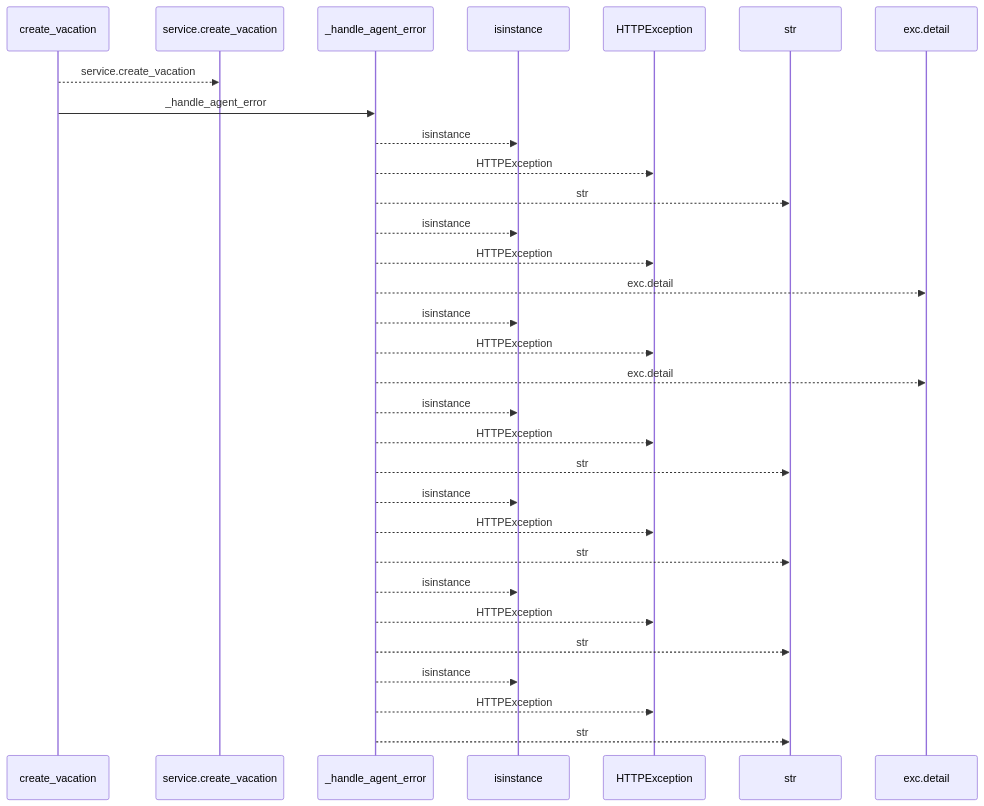
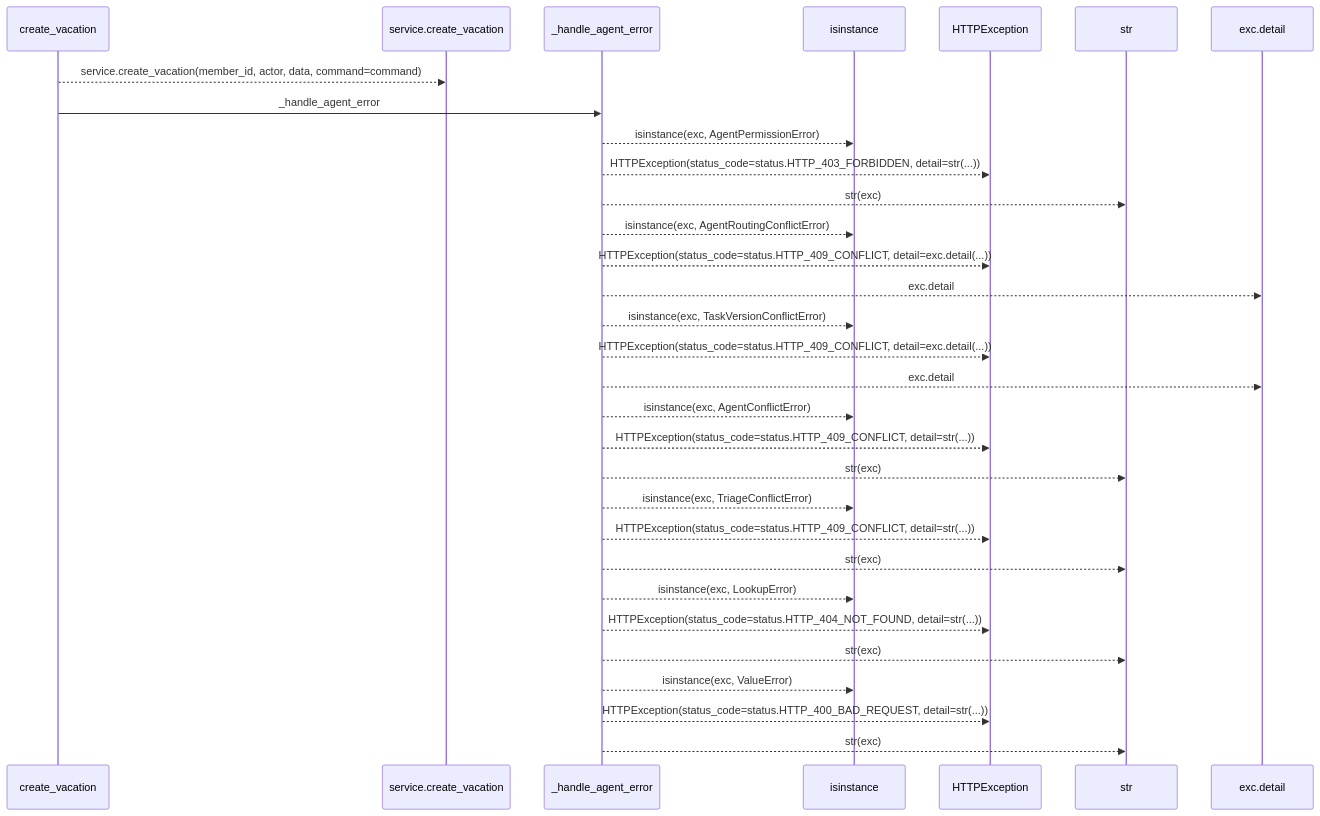
The first of 2 diagrams in docs/llm_wiki/flows/http-create_vacation.md (Denissvgn/WorkChord), drawn with Mermaid before and after one commit. The commit also changed other lines of this file and 25171 other files, not shown here.

````diff
--- a/docs/llm_wiki/flows/http-create_vacation.md
+++ b/docs/llm_wiki/flows/http-create_vacation.md
@@ -10,33 +12,33 @@
 ```mermaid
 sequenceDiagram
     participant p0 as create_vacation
     participant p1 as service.create_vacation
     participant p2 as _handle_agent_error
     participant p3 as isinstance
     participant p4 as HTTPException
     participant p5 as str
     participant p6 as exc.detail
-    p0-->>p1: service.create_vacation
+    p0-->>p1: service.create_vacation(member_id, actor, data, command=command)
     p0->>p2: _handle_agent_error
-    p2-->>p3: isinstance
-    p2-->>p4: HTTPException
-    p2-->>p5: str
-    p2-->>p3: isinstance
-    p2-->>p4: HTTPException
+    p2-->>p3: isinstance(exc, AgentPermissionError)
+    p2-->>p4: HTTPException(status_code=status.HTTP_403_FORBIDDEN, detail=str(...))
+    p2-->>p5: str(exc)
+    p2-->>p3: isinstance(exc, AgentRoutingConflictError)
+    p2-->>p4: HTTPException(status_code=status.HTTP_409_CONFLICT, detail=exc.detail(...))
     p2-->>p6: exc.detail
-    p2-->>p3: isinstance
-    p2-->>p4: HTTPException
+    p2-->>p3: isinstance(exc, TaskVersionConflictError)
+    p2-->>p4: HTTPException(status_code=status.HTTP_409_CONFLICT, detail=exc.detail(...))
     p2-->>p6: exc.detail
-    p2-->>p3: isinstance
-    p2-->>p4: HTTPException
-    p2-->>p5: str
-    p2-->>p3: isinstance
-    p2-->>p4: HTTPException
-    p2-->>p5: str
-    p2-->>p3: isinstance
-    p2-->>p4: HTTPException
-    p2-->>p5: str
-    p2-->>p3: isinstance
-    p2-->>p4: HTTPException
-    p2-->>p5: str
+    p2-->>p3: isinstance(exc, AgentConflictError)
+    p2-->>p4: HTTPException(status_code=status.HTTP_409_CONFLICT, detail=str(...))
+    p2-->>p5: str(exc)
+    p2-->>p3: isinstance(exc, TriageConflictError)
+    p2-->>p4: HTTPException(status_code=status.HTTP_409_CONFLICT, detail=str(...))
+    p2-->>p5: str(exc)
+    p2-->>p3: isinstance(exc, LookupError)
+    p2-->>p4: HTTPException(status_code=status.HTTP_404_NOT_FOUND, detail=str(...))
+    p2-->>p5: str(exc)
+    p2-->>p3: isinstance(exc, ValueError)
+    p2-->>p4: HTTPException(status_code=status.HTTP_400_BAD_REQUEST, detail=str(...))
+    p2-->>p5: str(exc)
 ```
````
